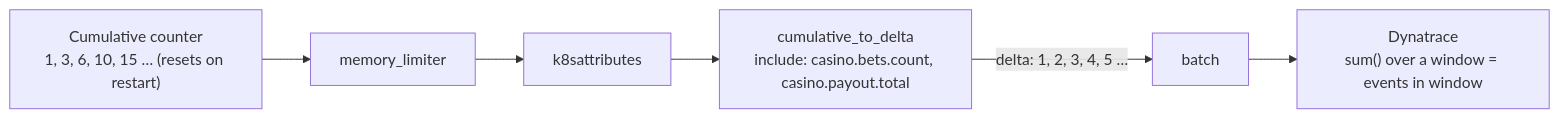
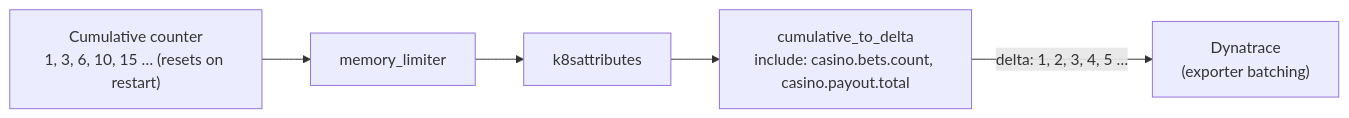
The diagram in docs-site/advanced/catalog-b6-cumulativetodelta.md (agardnerIT/Otel-Training), drawn with Mermaid before and after one commit. The commit also changed other lines of this file and 8 other files, not shown here.

````diff
--- a/docs-site/advanced/catalog-b6-cumulativetodelta.md
+++ b/docs-site/advanced/catalog-b6-cumulativetodelta.md
@@ -17,8 +17,7 @@
 ```mermaid
 flowchart LR
   cum["Cumulative counter<br/>1, 3, 6, 10, 15 … (resets on restart)"] --> ml["memory_limiter"]
   ml --> k8s["k8sattributes"]
   k8s --> c2d["cumulative_to_delta<br/>include: casino.bets.count, casino.payout.total"]
-  c2d -->|"delta: 1, 2, 3, 4, 5 …"| b["batch"]
-  b --> dt["Dynatrace<br/>sum() over a window = events in window"]
+  c2d -->|"delta: 1, 2, 3, 4, 5 …"| dt["Dynatrace<br/>(exporter batching)"]
 ```
````
